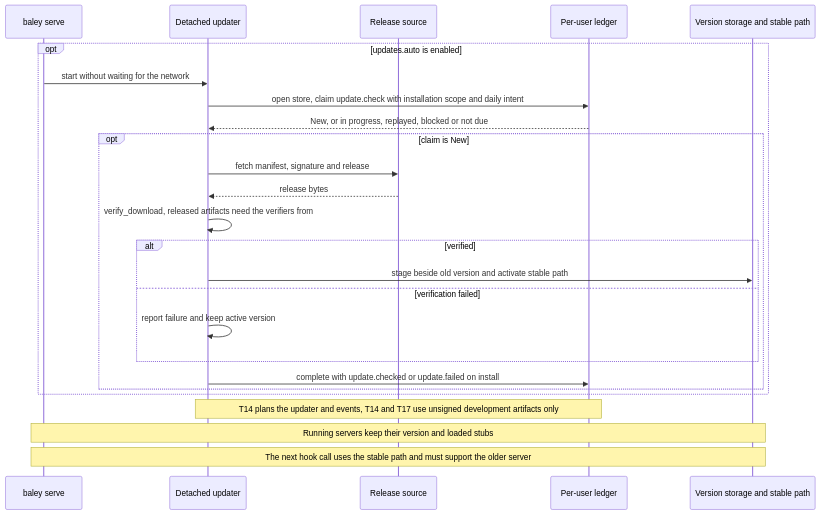
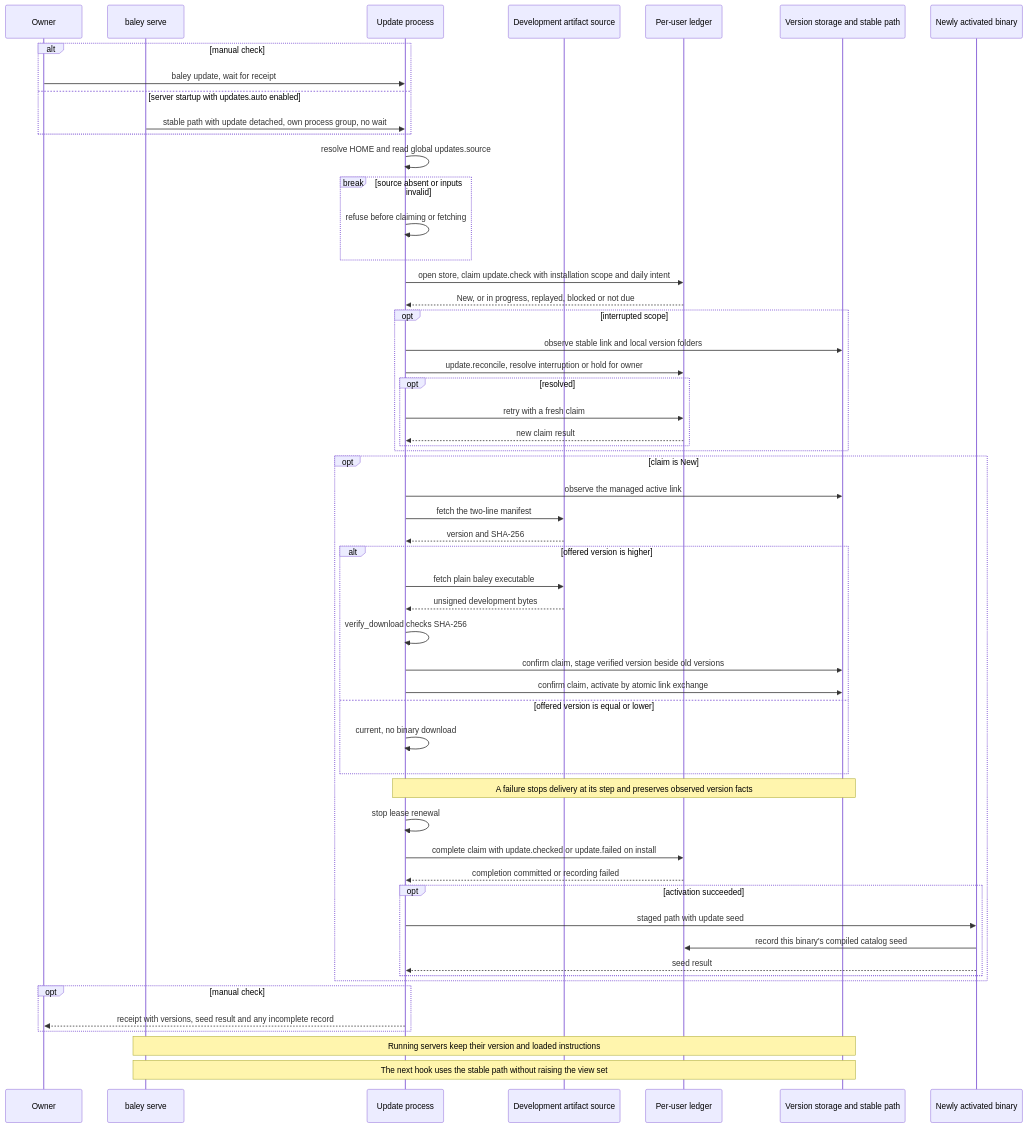
One commit to crenshawdev/baley changed the eighth of 8 diagrams in docs/design/0012-host-interface.md. Above: the diagram before and after it, drawn with Mermaid. The commit also changed other lines of this file, not shown here.

First line of the commit message:
docs(design): describe the development installer, baley update and its records in the host interface design

````diff
--- a/docs/design/0012-host-interface.md
+++ b/docs/design/0012-host-interface.md
@@ -457,27 +525,57 @@
 ```mermaid
 sequenceDiagram
+  participant O as Owner
   participant S as baley serve
-  participant U as Detached updater
-  participant R as Release source
+  participant U as Update process
+  participant R as Development artifact source
   participant L as Per-user ledger
   participant V as Version storage and stable path
-  opt updates.auto is enabled
-    S->>U: start without waiting for the network
-    U->>L: open store, claim update.check with installation scope and daily intent
-    L-->>U: New, or in progress, replayed, blocked or not due
-    opt claim is New
-      U->>R: fetch manifest, signature and release
-      R-->>U: release bytes
-      U->>U: verify_download, released artifacts need the verifiers from #14
-      alt verified
-        U->>V: stage beside old version and activate stable path
-      else verification failed
-        U->>U: report failure and keep active version
-      end
-      U->>L: complete with update.checked or update.failed on install
+  participant N as Newly activated binary
+  alt manual check
+    O->>U: baley update, wait for receipt
+  else server startup with updates.auto enabled
+    S->>U: stable path with update detached, own process group, no wait
+  end
+  U->>U: resolve HOME and read global updates.source
+  break source absent or inputs invalid
+    U->>U: refuse before claiming or fetching
+  end
+  U->>L: open store, claim update.check with installation scope and daily intent
+  L-->>U: New, or in progress, replayed, blocked or not due
+  opt interrupted scope
+    U->>V: observe stable link and local version folders
+    U->>L: update.reconcile, resolve interruption or hold for owner
+    opt resolved
+      U->>L: retry with a fresh claim
+      L-->>U: new claim result
     end
   end
-  Note over U,L: T14 plans the updater and events, T14 and T17 use unsigned development artifacts only
-  Note over S,V: Running servers keep their version and loaded stubs
-  Note over S,V: The next hook call uses the stable path and must support the older server
+  opt claim is New
+    U->>V: observe the managed active link
+    U->>R: fetch the two-line manifest
+    R-->>U: version and SHA-256
+    alt offered version is higher
+      U->>R: fetch plain baley executable
+      R-->>U: unsigned development bytes
+      U->>U: verify_download checks SHA-256
+      U->>V: confirm claim, stage verified version beside old versions
+      U->>V: confirm claim, activate by atomic link exchange
+    else offered version is equal or lower
+      U->>U: current, no binary download
+    end
+    Note over U,V: A failure stops delivery at its step and preserves observed version facts
+    U->>U: stop lease renewal
+    U->>L: complete claim with update.checked or update.failed on install
+    L-->>U: completion committed or recording failed
+    opt activation succeeded
+      U->>N: staged path with update seed
+      N->>L: record this binary's compiled catalog seed
+      N-->>U: seed result
+    end
+  end
+  opt manual check
+    U-->>O: receipt with versions, seed result and any incomplete record
+  end
+  Note over S,V: Running servers keep their version and loaded instructions
+  Note over S,V: The next hook uses the stable path without raising the view set
 ```
````
